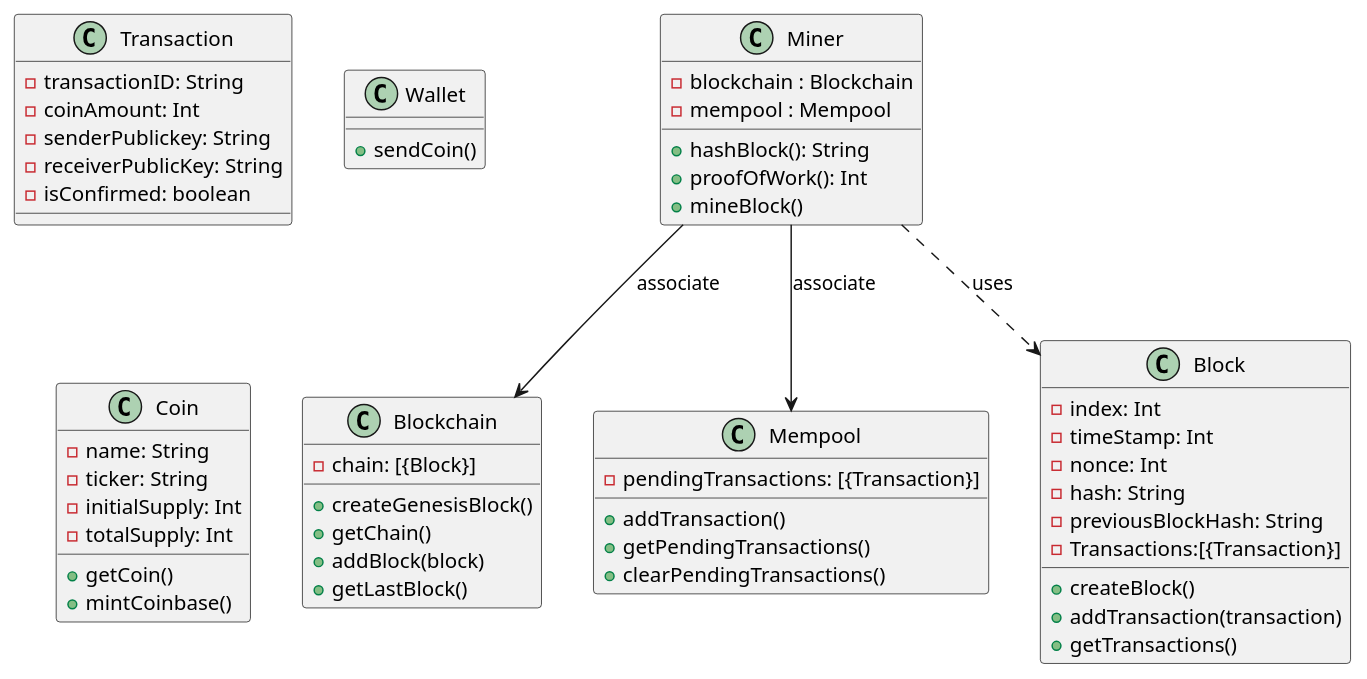
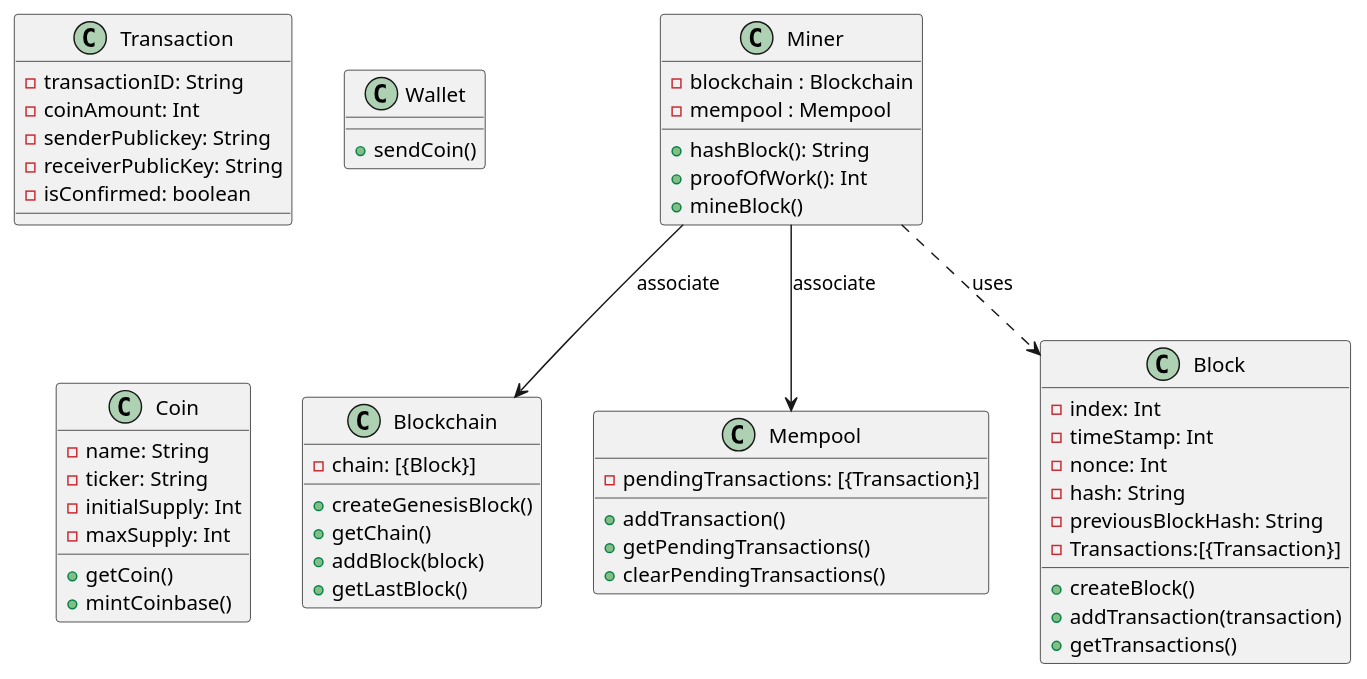
Before and after one commit to valleria-web/prototype: the diagram in prototipov1.plantuml, drawn with PlantUML. The commit also changed 4 other files, not shown here.

```diff
--- a/prototipov1.plantuml
+++ b/prototipov1.plantuml
@@ -1,65 +1,65 @@
 @startuml prototipov1
 
 class Blockchain{
     - chain: [{Block}]
     + createGenesisBlock()
     + getChain()
     + addBlock(block)
     + getLastBlock()
 }
 
 class Miner {
     - blockchain : Blockchain
     - mempool : Mempool
     + hashBlock(): String
     + proofOfWork(): Int
     + mineBlock()
 }
 
 class Mempool{
     - pendingTransactions: [{Transaction}]
     + addTransaction()
     + getPendingTransactions()
     + clearPendingTransactions()
 
 }
 
 class Block{
     - index: Int 
     - timeStamp: Int 
     - nonce: Int
     - hash: String 
     - previousBlockHash: String
     - Transactions:[{Transaction}]
     + createBlock()
     + addTransaction(transaction)
     + getTransactions()
 }
 
 class Transaction{
     - transactionID: String 
     - coinAmount: Int 
     - senderPublickey: String
     - receiverPublicKey: String
     - isConfirmed: boolean
 }
 
 
 class Wallet{
     + sendCoin()
 }
 
 class Coin{
     - name: String
     - ticker: String 
     - initialSupply: Int
-    - totalSupply: Int
+    - maxSupply: Int
     + getCoin()
     + mintCoinbase()
 }
 
 Miner ..> Block : uses
 Miner --> Blockchain : associate
 Miner --> Mempool : associate
 
 @enduml
```
